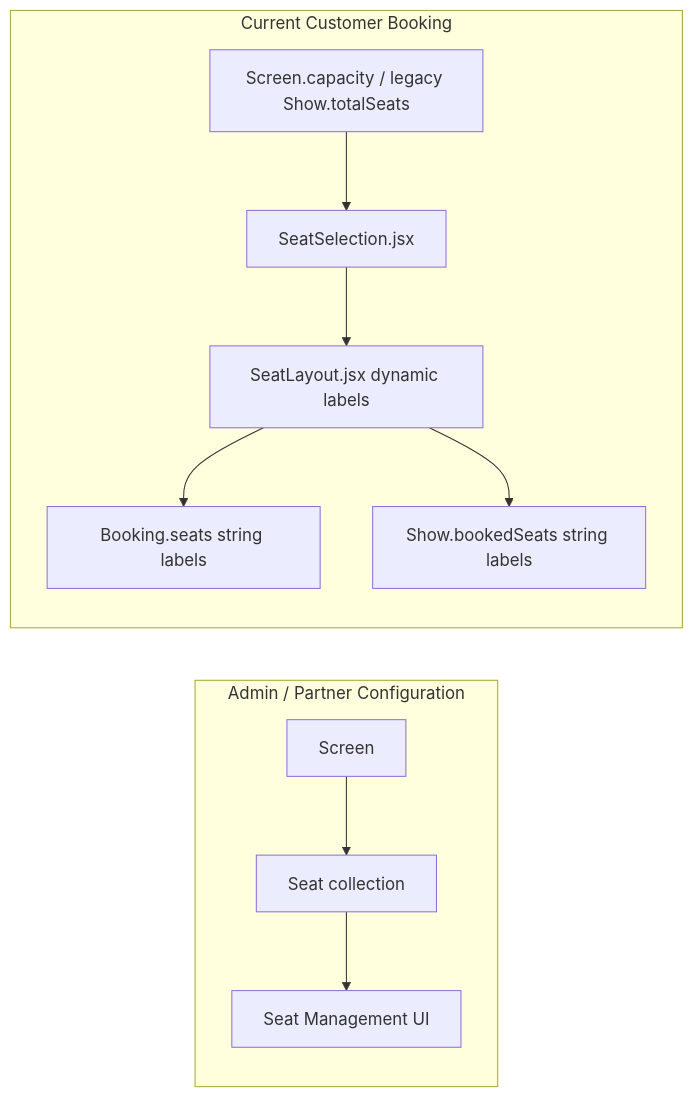
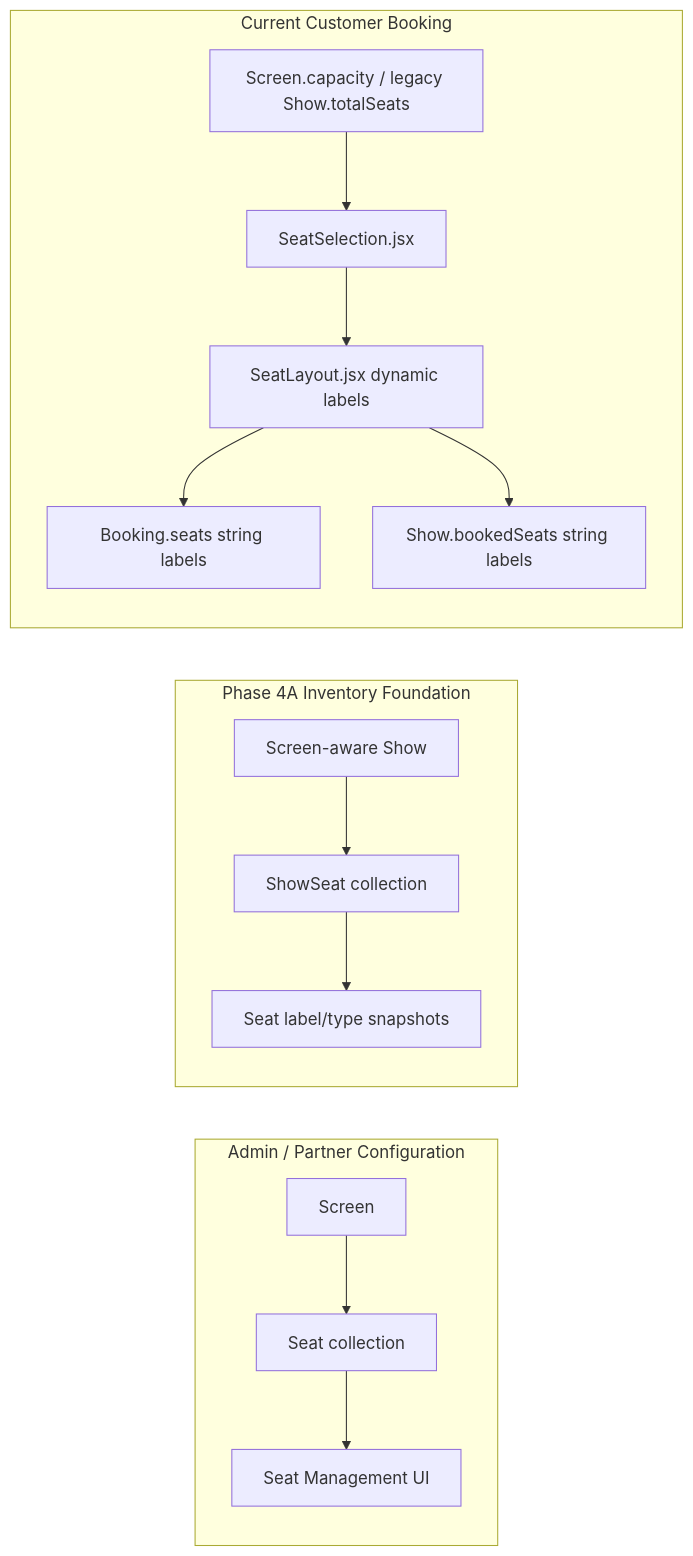
The fifth of 9 diagrams in docs/DIAGRAMS.md (Shravan-509/BookMyShow), drawn with Mermaid before and after one commit. The commit also changed other lines of this file and 10 other files, not shown here.

Commit message:
docs(show-seats): document Phase 4A completion

````diff
--- a/docs/DIAGRAMS.md
+++ b/docs/DIAGRAMS.md
@@ -55,14 +57,19 @@
 ```mermaid
 flowchart LR
     subgraph AdminPartner["Admin / Partner Configuration"]
         Screen["Screen"] --> Seat["Seat collection"]
         Seat --> SeatManagement["Seat Management UI"]
+    end
+
+    subgraph Phase4A["Phase 4A Inventory Foundation"]
+        Show["Screen-aware Show"] --> ShowSeat["ShowSeat collection"]
+        ShowSeat --> SeatSnapshot["Seat label/type snapshots"]
     end
 
     subgraph CustomerBooking["Current Customer Booking"]
         ShowCapacity["Screen.capacity / legacy Show.totalSeats"] --> SeatSelection["SeatSelection.jsx"]
         SeatSelection --> SeatLayout["SeatLayout.jsx dynamic labels"]
         SeatLayout --> BookingSeats["Booking.seats string labels"]
         SeatLayout --> ShowBookedSeats["Show.bookedSeats string labels"]
     end
 ```
````
